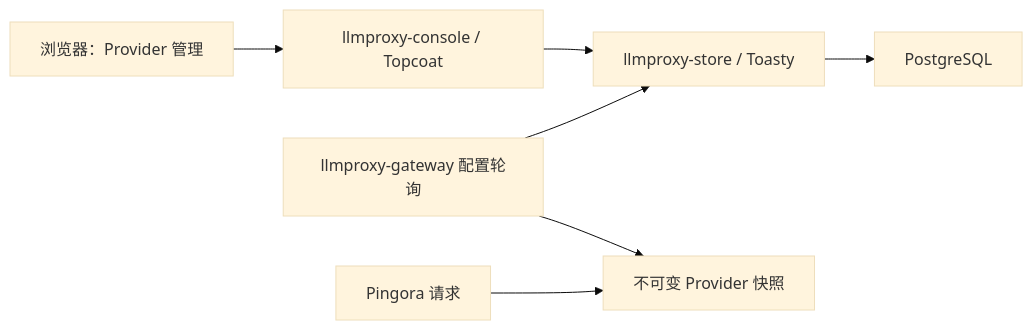
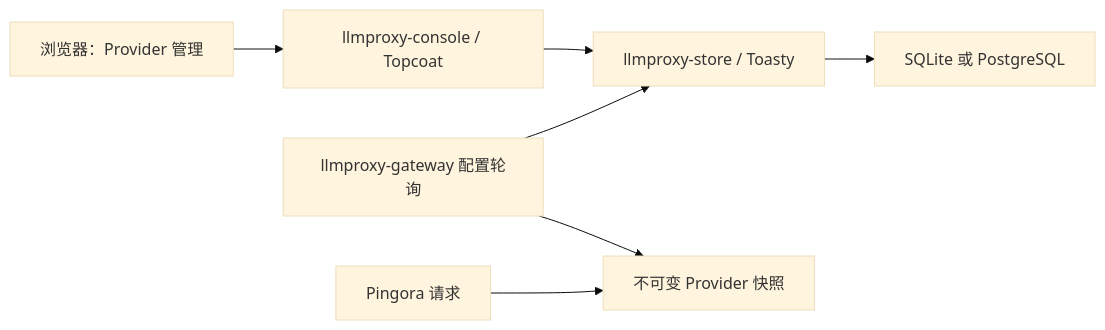
One commit to mosenet-labs/llmproxy changed the diagram in docs/07-provider-console.md. Above: the diagram before and after it, drawn with Mermaid (base theme). The commit also changed other lines of this file and 25 other files, not shown here.

````diff
--- a/docs/07-provider-console.md
+++ b/docs/07-provider-console.md
@@ -14,9 +14,9 @@
 ```mermaid
 flowchart LR
     A["浏览器：Provider 管理"] --> B["llmproxy-console / Topcoat"]
     B --> C["llmproxy-store / Toasty"]
-    C --> D["PostgreSQL"]
+    C --> D["SQLite 或 PostgreSQL"]
     E["llmproxy-gateway 配置轮询"] --> C
     E --> F["不可变 Provider 快照"]
     G["Pingora 请求"] --> F
 ```
````
